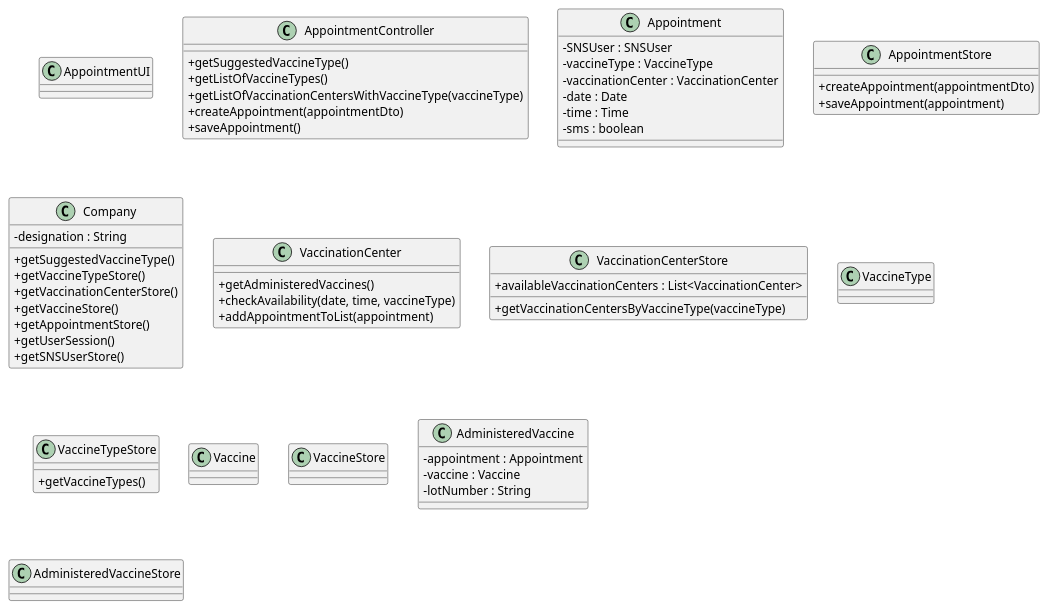
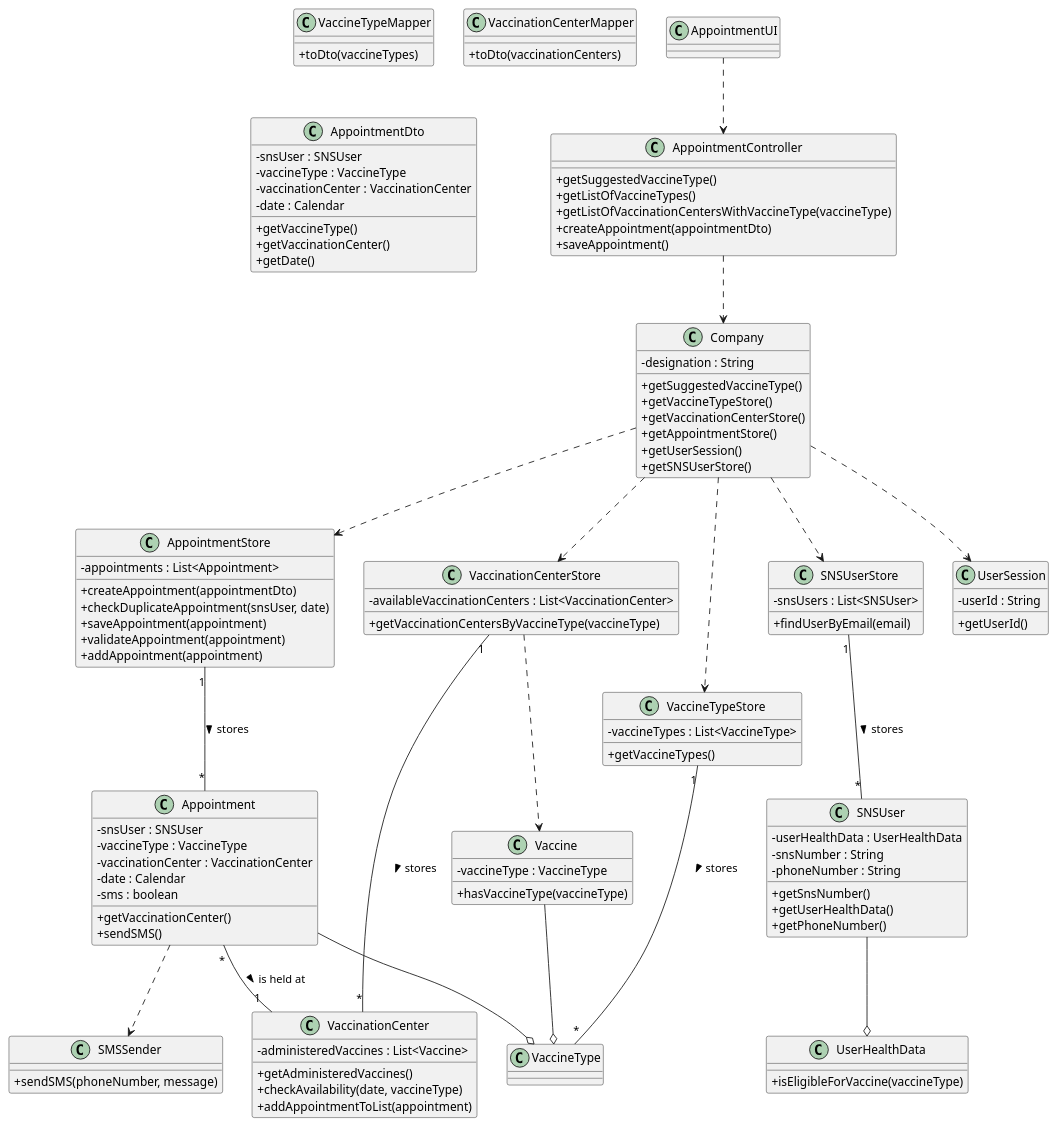
One commit to miseEnPlace-i/lapr2 changed the diagram in docs/SprintC/US01/CD/US01_CD.puml. Above: the diagram before and after it, drawn with PlantUML.

Commit message:
docs(us-01): updated cd - new methods and classes, updated date type

```diff
--- a/docs/SprintC/US01/CD/US01_CD.puml
+++ b/docs/SprintC/US01/CD/US01_CD.puml
@@ -1,78 +1,143 @@
 @startuml US01_CD
 skinparam classAttributeIconSize 0
 
 class AppointmentUI {
 
 }
 
 class AppointmentController {
   +getSuggestedVaccineType()
   +getListOfVaccineTypes()
   +getListOfVaccinationCentersWithVaccineType(vaccineType)
   +createAppointment(appointmentDto)
   +saveAppointment()
 }
 
 class Appointment {
-  -SNSUser : SNSUser
+  -snsUser : SNSUser
   -vaccineType : VaccineType
   -vaccinationCenter : VaccinationCenter
-  -date : Date
-  -time : Time
+  -date : Calendar
   -sms : boolean
+  +getVaccinationCenter()
+  +sendSMS()
+}
+
+class SMSSender {
+  +sendSMS(phoneNumber, message)
 }
 
 class AppointmentStore {
+  -appointments : List<Appointment>
   +createAppointment(appointmentDto)
+  +checkDuplicateAppointment(snsUser, date)
   +saveAppointment(appointment)
+  +validateAppointment(appointment)
+  +addAppointment(appointment)
 }
 
 class Company {
   -designation : String
   +getSuggestedVaccineType()
   +getVaccineTypeStore()
   +getVaccinationCenterStore()
-  +getVaccineStore()
   +getAppointmentStore()
   +getUserSession()
   +getSNSUserStore()
 }
 
 class VaccinationCenter {
+  -administeredVaccines : List<Vaccine>
   +getAdministeredVaccines()
-  +checkAvailability(date, time, vaccineType)
+  +checkAvailability(date, vaccineType)
   +addAppointmentToList(appointment)
 }
 
 class VaccinationCenterStore {
-  +availableVaccinationCenters : List<VaccinationCenter>  
+  -availableVaccinationCenters : List<VaccinationCenter>  
   +getVaccinationCentersByVaccineType(vaccineType)
+}
+
+class VaccineTypeStore {
+  -vaccineTypes : List<VaccineType>
+  +getVaccineTypes()
+}
+
+class Vaccine {
+  -vaccineType : VaccineType
+  +hasVaccineType(vaccineType)
+}
+
+class UserHealthData {
+  +isEligibleForVaccine(vaccineType)
+}
+
+class SNSUser {
+  -userHealthData : UserHealthData
+  -snsNumber : String
+  -phoneNumber : String
+  +getSnsNumber()
+  +getUserHealthData()
+  +getPhoneNumber()
+}
+
+class SNSUserStore {
+  -snsUsers : List<SNSUser>
+  +findUserByEmail(email)
+}
+
+class UserSession {
+  -userId : String
+  +getUserId()
 }
 
 class VaccineType {
 
 }
 
-class VaccineTypeStore {
-  +getVaccineTypes()
+class VaccineTypeMapper {
+  +toDto(vaccineTypes)
 }
 
-class Vaccine {
-
+class VaccinationCenterMapper {
+  +toDto(vaccinationCenters)
 }
 
-class VaccineStore {
-
+class AppointmentDto {
+  -snsUser : SNSUser
+  -vaccineType : VaccineType
+  -vaccinationCenter : VaccinationCenter
+  -date : Calendar
+  +getVaccineType()
+  +getVaccinationCenter()
+  +getDate()
 }
 
-class AdministeredVaccine {
-  -appointment : Appointment
-  -vaccine : Vaccine  
-  -lotNumber : String
-}
+AppointmentUI ..> AppointmentController
 
-class AdministeredVaccineStore {
+AppointmentController ..> Company
 
-}
+Company ..> VaccineTypeStore
+Company ..> VaccinationCenterStore
+Company ..> AppointmentStore
+Company ..> SNSUserStore
+Company ..> UserSession
+
+AppointmentStore "1" -- "*" Appointment : stores >
+
+VaccinationCenterStore "1" -- "*" VaccinationCenter : stores >
+VaccinationCenterStore ..> Vaccine
+
+SNSUserStore "1" -- "*" SNSUser : stores >
+
+VaccineTypeStore "1" -- "*" VaccineType : stores >
+
+Appointment "*" -- "1" VaccinationCenter : is held at >
+Appointment --o VaccineType
+Appointment ..> SMSSender
+
+Vaccine --o VaccineType
+
+SNSUser --o UserHealthData
 
 @enduml
```
